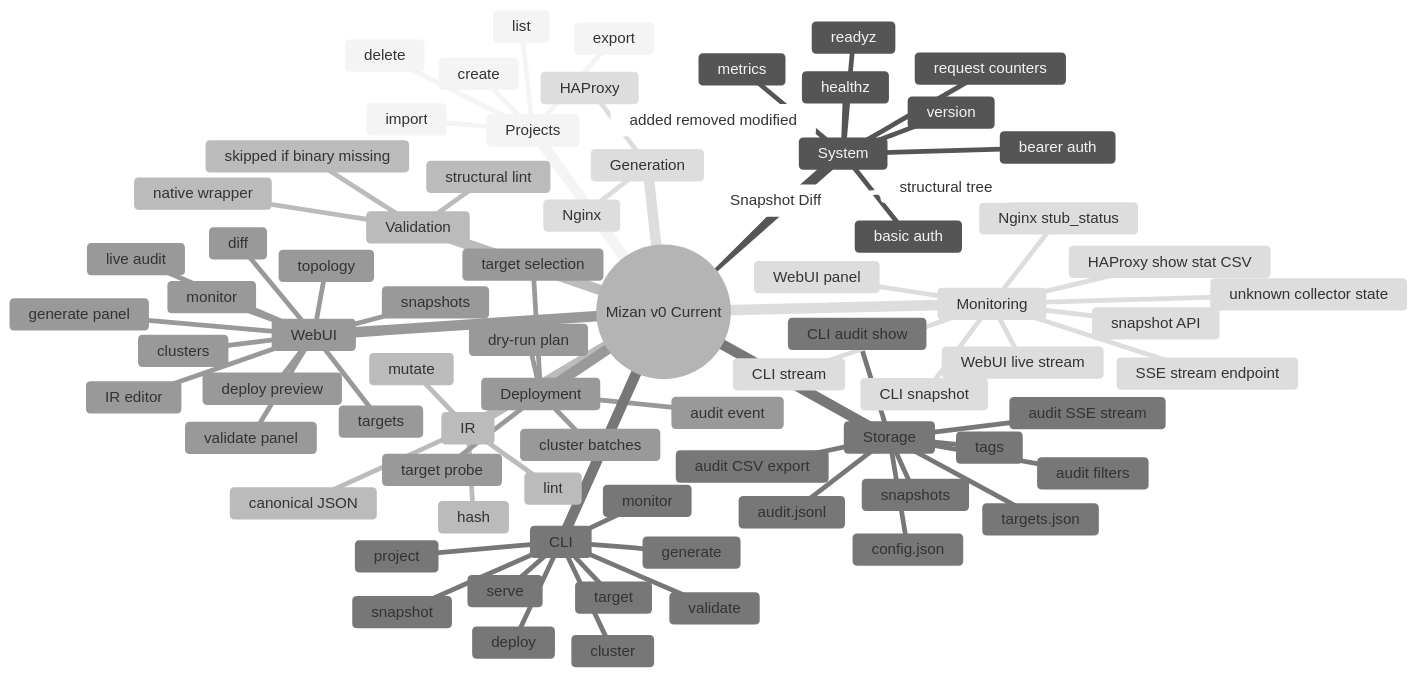
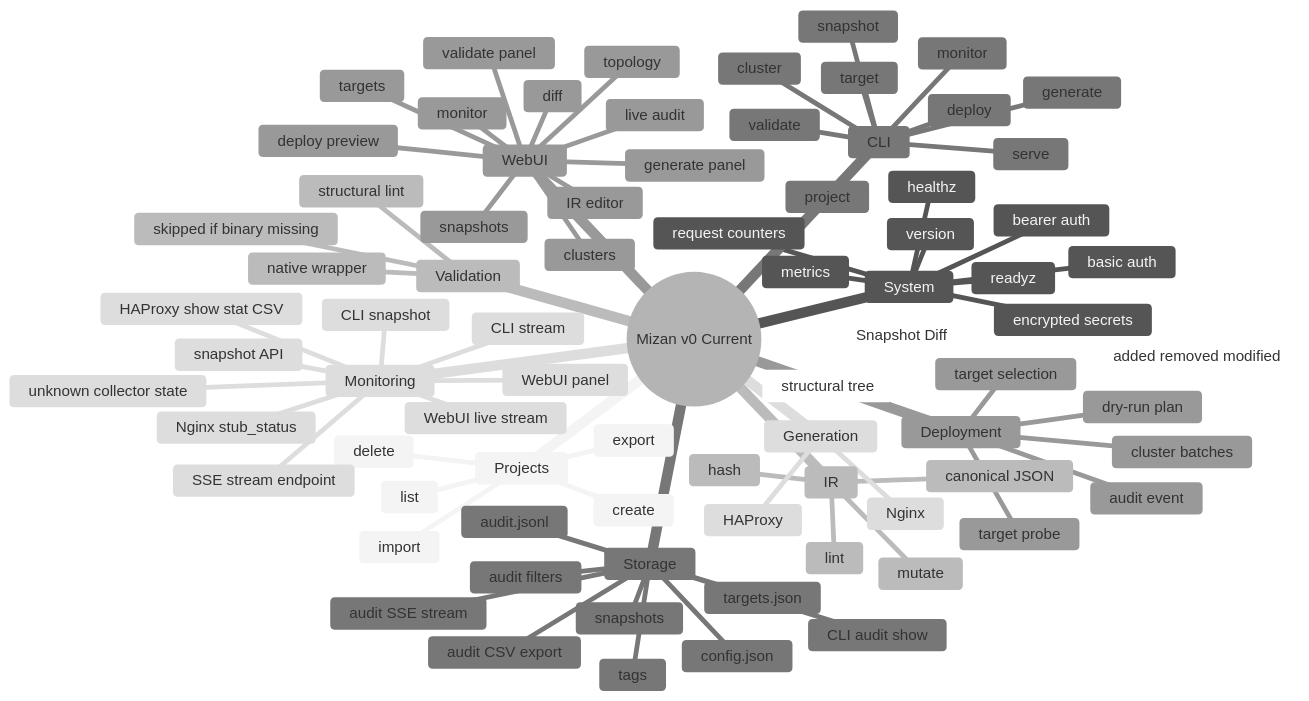
One commit to ersinkoc/Mizan changed diagram 18 of 19 in ARCHITECTURE.md. Above: the diagram before and after it, drawn with Mermaid (neutral theme). The commit also changed other lines of this file and 5 other files, not shown here.

Commit message:
Add encrypted secrets vault

````diff
--- a/ARCHITECTURE.md
+++ b/ARCHITECTURE.md
@@ -574,81 +576,82 @@
 ```mermaid
 mindmap
   root((Mizan v0 Current))
     Projects
       create
       list
       delete
       import
       export
     System
       healthz
       readyz
       version
       metrics
       request counters
       bearer auth
       basic auth
+      encrypted secrets
     IR
       lint
       mutate
       hash
       canonical JSON
     Storage
       config.json
       snapshots
       tags
       audit.jsonl
       audit SSE stream
       audit filters
       audit CSV export
       CLI audit show
       targets.json
     Deployment
       dry-run plan
       target probe
       target selection
       cluster batches
       audit event
     Monitoring
       snapshot API
       CLI snapshot
       CLI stream
       WebUI panel
       WebUI live stream
       SSE stream endpoint
       HAProxy show stat CSV
       Nginx stub_status
       unknown collector state
     Snapshot Diff
       structural tree
       added removed modified
     Generation
       HAProxy
       Nginx
     Validation
       structural lint
       native wrapper
       skipped if binary missing
     WebUI
       IR editor
       generate panel
       validate panel
       topology
       snapshots
       diff
       targets
       clusters
       deploy preview
       monitor
       live audit
     CLI
       serve
       project
       snapshot
       target
       cluster
       generate
       validate
       deploy
       monitor
 ```
````
